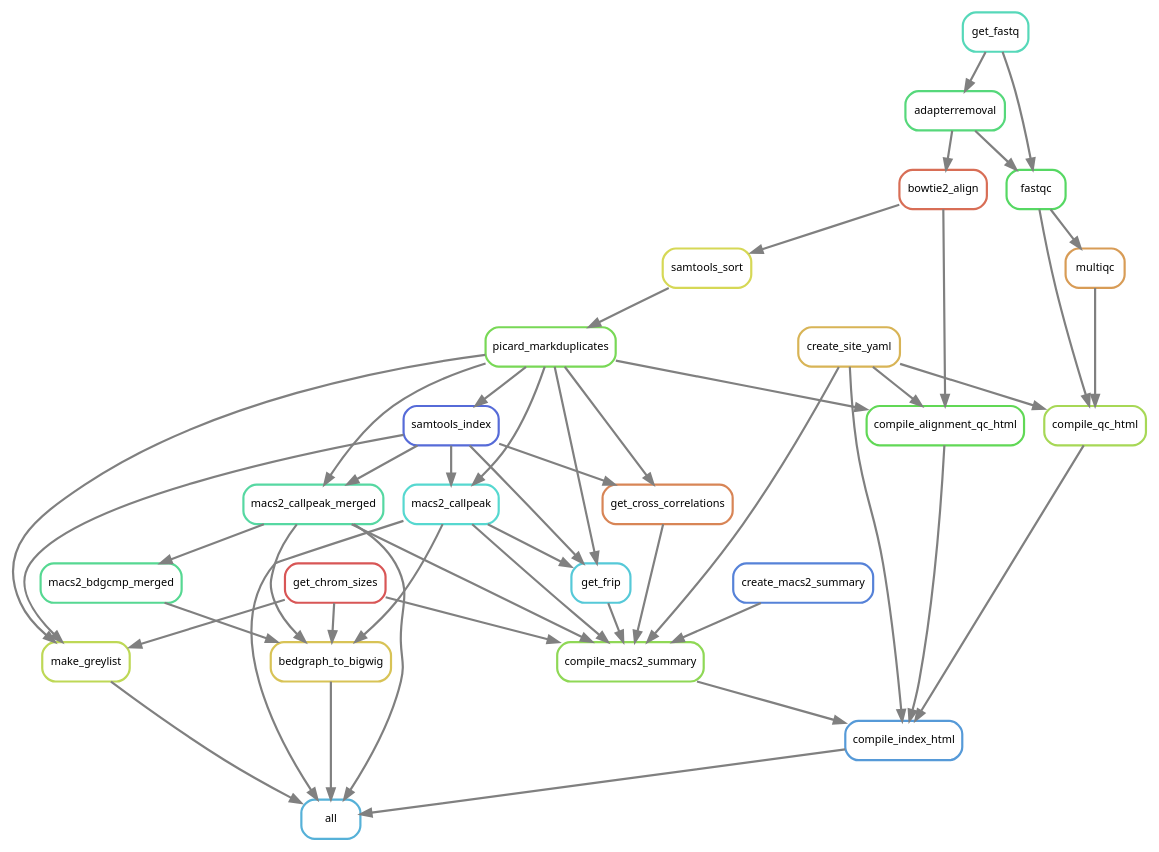
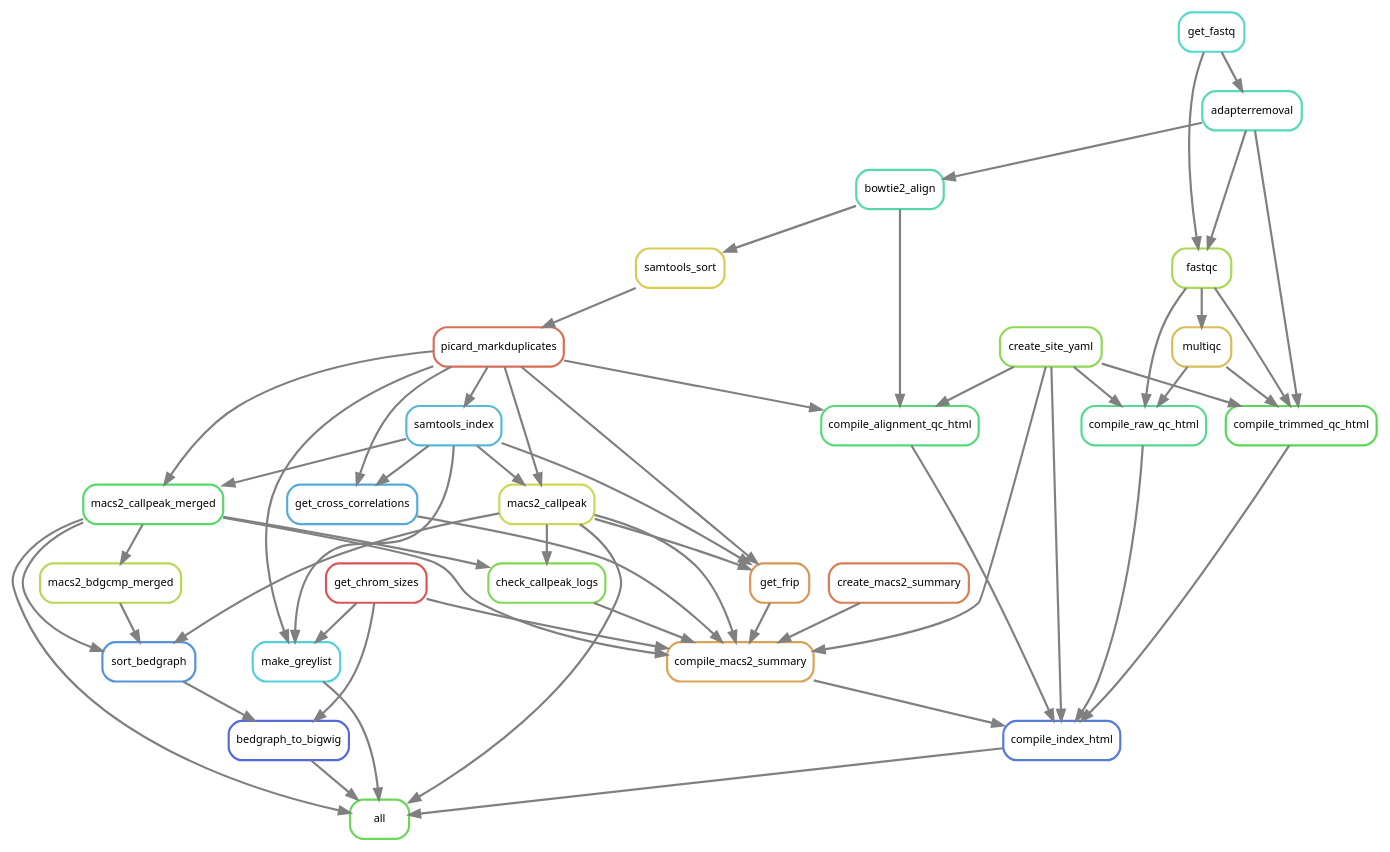
One commit to smped/PRJNA509779 changed the diagram in workflow/rules/rulegraph.dot. Above: the diagram before and after it, drawn with Graphviz. The commit also changed 286 other files, not shown here.

```diff
--- a/workflow/rules/rulegraph.dot
+++ b/workflow/rules/rulegraph.dot
@@ -1,75 +1,87 @@
 digraph snakemake_dag {
     graph[bgcolor=white, margin=0];
     node[shape=box, style=rounded, fontname=sans,                 fontsize=10, penwidth=2];
     edge[penwidth=2, color=grey];
-	0[label = "all", color = "0.55 0.6 0.85", style="rounded"];
-	1[label = "macs2_callpeak", color = "0.49 0.6 0.85", style="rounded"];
-	2[label = "picard_markduplicates", color = "0.29 0.6 0.85", style="rounded"];
-	3[label = "samtools_sort", color = "0.17 0.6 0.85", style="rounded"];
-	4[label = "bowtie2_align", color = "0.03 0.6 0.85", style="rounded"];
-	5[label = "adapterremoval", color = "0.38 0.6 0.85", style="rounded"];
-	6[label = "get_fastq", color = "0.46 0.6 0.85", style="rounded"];
-	7[label = "samtools_index", color = "0.64 0.6 0.85", style="rounded"];
-	8[label = "macs2_callpeak_merged", color = "0.43 0.6 0.85", style="rounded"];
-	9[label = "make_greylist", color = "0.20 0.6 0.85", style="rounded"];
+	0[label = "all", color = "0.31 0.6 0.85", style="rounded"];
+	1[label = "macs2_callpeak", color = "0.18 0.6 0.85", style="rounded"];
+	2[label = "picard_markduplicates", color = "0.03 0.6 0.85", style="rounded"];
+	3[label = "samtools_sort", color = "0.15 0.6 0.85", style="rounded"];
+	4[label = "bowtie2_align", color = "0.44 0.6 0.85", style="rounded"];
+	5[label = "adapterremoval", color = "0.46 0.6 0.85", style="rounded"];
+	6[label = "get_fastq", color = "0.49 0.6 0.85", style="rounded"];
+	7[label = "samtools_index", color = "0.54 0.6 0.85", style="rounded"];
+	8[label = "macs2_callpeak_merged", color = "0.36 0.6 0.85", style="rounded"];
+	9[label = "make_greylist", color = "0.51 0.6 0.85", style="rounded"];
 	10[label = "get_chrom_sizes", color = "0.00 0.6 0.85", style="rounded"];
-	11[label = "bedgraph_to_bigwig", color = "0.14 0.6 0.85", style="rounded"];
-	12[label = "macs2_bdgcmp_merged", color = "0.41 0.6 0.85", style="rounded"];
-	13[label = "compile_index_html", color = "0.58 0.6 0.85", style="rounded"];
-	14[label = "compile_macs2_summary", color = "0.26 0.6 0.85", style="rounded"];
-	15[label = "create_macs2_summary", color = "0.61 0.6 0.85", style="rounded"];
-	16[label = "get_cross_correlations", color = "0.06 0.6 0.85", style="rounded"];
-	17[label = "get_frip", color = "0.52 0.6 0.85", style="rounded"];
-	18[label = "create_site_yaml", color = "0.12 0.6 0.85", style="rounded"];
-	19[label = "compile_qc_html", color = "0.23 0.6 0.85", style="rounded"];
-	20[label = "fastqc", color = "0.35 0.6 0.85", style="rounded"];
-	21[label = "multiqc", color = "0.09 0.6 0.85", style="rounded"];
-	22[label = "compile_alignment_qc_html", color = "0.32 0.6 0.85", style="rounded"];
+	11[label = "bedgraph_to_bigwig", color = "0.64 0.6 0.85", style="rounded"];
+	12[label = "sort_bedgraph", color = "0.59 0.6 0.85", style="rounded"];
+	13[label = "macs2_bdgcmp_merged", color = "0.21 0.6 0.85", style="rounded"];
+	14[label = "compile_index_html", color = "0.62 0.6 0.85", style="rounded"];
+	15[label = "compile_macs2_summary", color = "0.10 0.6 0.85", style="rounded"];
+	16[label = "create_macs2_summary", color = "0.05 0.6 0.85", style="rounded"];
+	17[label = "check_callpeak_logs", color = "0.28 0.6 0.85", style="rounded"];
+	18[label = "get_cross_correlations", color = "0.56 0.6 0.85", style="rounded"];
+	19[label = "get_frip", color = "0.08 0.6 0.85", style="rounded"];
+	20[label = "create_site_yaml", color = "0.26 0.6 0.85", style="rounded"];
+	21[label = "compile_raw_qc_html", color = "0.41 0.6 0.85", style="rounded"];
+	22[label = "fastqc", color = "0.23 0.6 0.85", style="rounded"];
+	23[label = "multiqc", color = "0.13 0.6 0.85", style="rounded"];
+	24[label = "compile_trimmed_qc_html", color = "0.33 0.6 0.85", style="rounded"];
+	25[label = "compile_alignment_qc_html", color = "0.38 0.6 0.85", style="rounded"];
+	9 -> 0
 	1 -> 0
+	14 -> 0
+	8 -> 0
 	11 -> 0
-	13 -> 0
-	9 -> 0
-	8 -> 0
+	2 -> 1
 	7 -> 1
-	2 -> 1
 	3 -> 2
 	4 -> 3
 	5 -> 4
 	6 -> 5
 	2 -> 7
+	2 -> 8
 	7 -> 8
-	2 -> 8
-	7 -> 9
 	2 -> 9
 	10 -> 9
-	1 -> 11
+	7 -> 9
 	10 -> 11
 	12 -> 11
-	8 -> 11
+	13 -> 12
+	1 -> 12
 	8 -> 12
-	19 -> 13
-	22 -> 13
-	14 -> 13
-	18 -> 13
-	1 -> 14
-	17 -> 14
-	10 -> 14
+	8 -> 13
+	21 -> 14
+	20 -> 14
+	24 -> 14
 	15 -> 14
-	16 -> 14
-	8 -> 14
-	18 -> 14
-	7 -> 16
-	2 -> 16
-	7 -> 17
-	2 -> 17
+	25 -> 14
+	10 -> 15
+	16 -> 15
+	18 -> 15
+	20 -> 15
+	17 -> 15
+	1 -> 15
+	19 -> 15
+	8 -> 15
 	1 -> 17
-	20 -> 19
-	21 -> 19
-	18 -> 19
-	6 -> 20
-	5 -> 20
+	8 -> 17
+	2 -> 18
+	7 -> 18
+	2 -> 19
+	1 -> 19
+	7 -> 19
+	22 -> 21
+	23 -> 21
 	20 -> 21
-	2 -> 22
-	4 -> 22
-	18 -> 22
+	5 -> 22
+	6 -> 22
+	22 -> 23
+	5 -> 24
+	22 -> 24
+	23 -> 24
+	20 -> 24
+	4 -> 25
+	2 -> 25
+	20 -> 25
 }            
```
